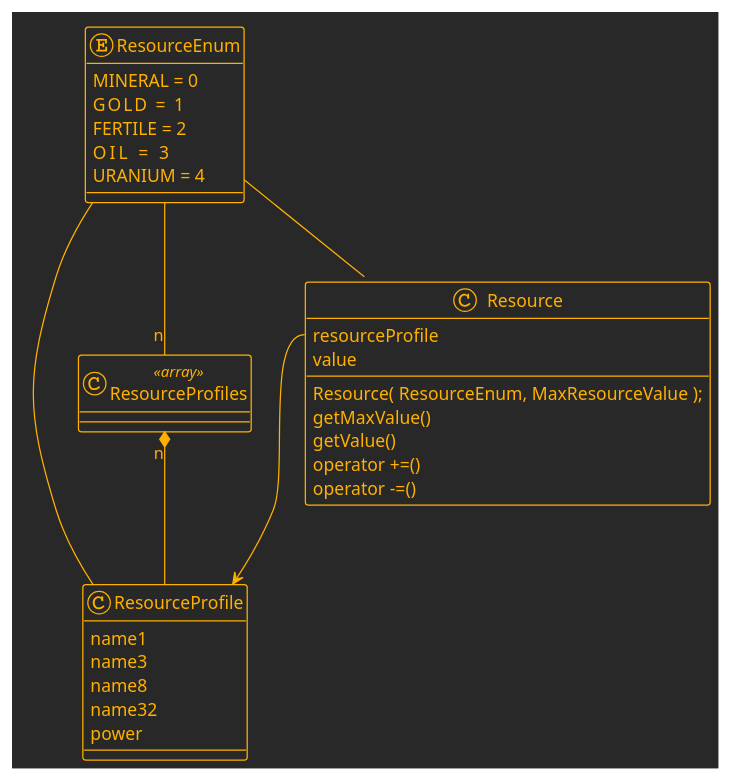
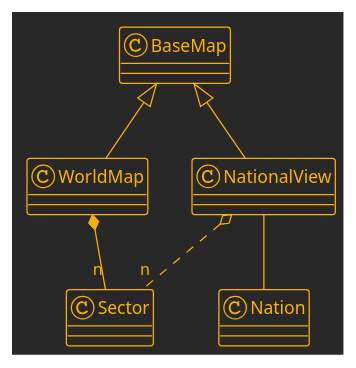
One commit to marknelsonengineer/empire changed the seventh of 8 diagrams in API_DESIGN.md. Above: the diagram before and after it, drawn with PlantUML. The commit also changed other lines of this file and 2 other files, not shown here.

```diff
--- a/API_DESIGN.md
+++ b/API_DESIGN.md
@@ -224,40 +415,16 @@
 @startuml
 !theme crt-amber
 
-enum ResourceEnum {
-MINERAL = 0
-GOLD    = 1
-FERTILE = 2
-OIL     = 3
-URANIUM = 4
-}
+class BaseMap
+class WorldMap
+class NationalView
+class Nation
+class Sector
 
-class ResourceProfile {
-name1
-name3
-name8
-name32
-power
-}
-
-class ResourceProfiles <<array>>
-
-class Resource {
-  Resource( ResourceEnum, MaxResourceValue );
-  resourceProfile
-  value
-
-  getMaxValue()
-  getValue()
-  operator +=()
-  operator -=()
-}
-
-Resource::resourceProfile --> ResourceProfile
-ResourceEnum -- Resource
-ResourceEnum -- ResourceProfile
-ResourceEnum -- "n" ResourceProfiles
-ResourceProfiles "n" *-- ResourceProfile
-
+BaseMap      <|-- WorldMap
+BaseMap      <|-- NationalView
+NationalView --   Nation
+WorldMap     *-- "n" Sector
+NationalView o.. "n" Sector
 
 @enduml
```
